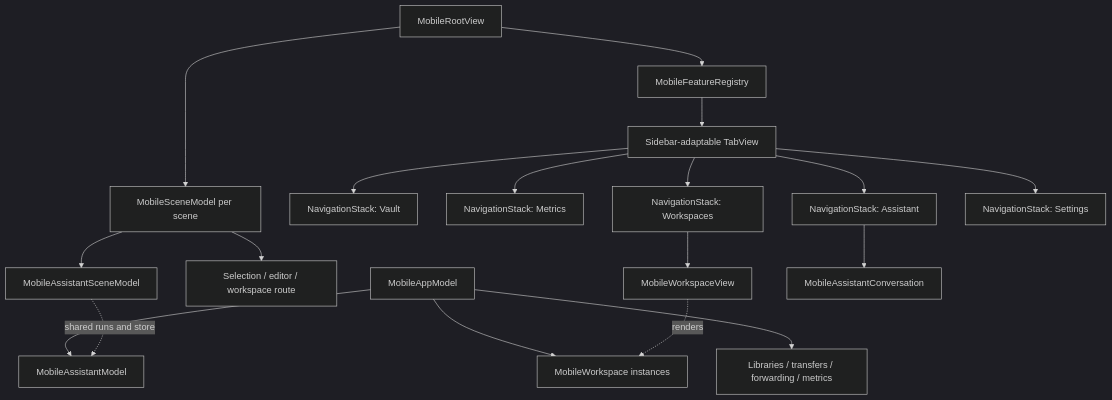
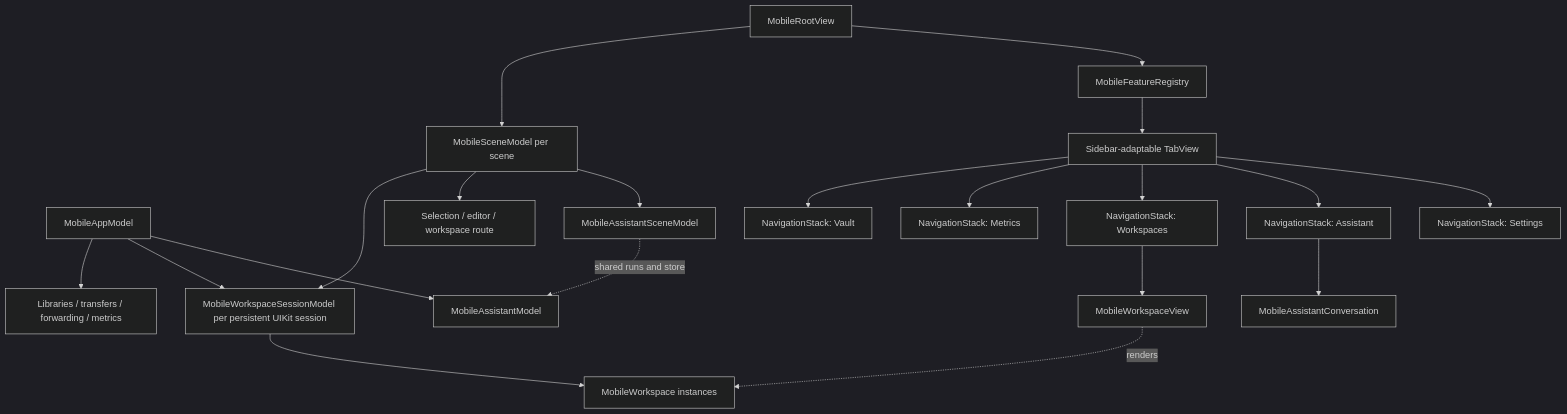
Before and after one commit to AkinoKaede/Termind: the first of 4 diagrams in openwiki/architecture/mobile-ui.md, drawn with Mermaid (dark theme). The commit also changed other lines of this file and 51 other files, not shown here.

````diff
--- a/openwiki/architecture/mobile-ui.md
+++ b/openwiki/architecture/mobile-ui.md
@@ -85,20 +95,22 @@
 ```mermaid
 flowchart TD
     App[MobileAppModel] --> Shared[Libraries / transfers / forwarding / metrics]
-    App --> Workspaces[MobileWorkspace instances]
+    App --> Sessions["MobileWorkspaceSessionModel per persistent UIKit session"]
+    Sessions --> Workspaces[MobileWorkspace instances]
     App --> AssistantRuntime[MobileAssistantModel]
     Root[MobileRootView] --> Scene[MobileSceneModel per scene]
+    Scene --> Sessions
     Root --> Registry[MobileFeatureRegistry]
     Registry --> Tabs[Sidebar-adaptable TabView]
     Tabs --> Vault[NavigationStack: Vault]
     Tabs --> Metrics[NavigationStack: Metrics]
     Tabs --> WorkspaceList[NavigationStack: Workspaces]
     Tabs --> Assistant[NavigationStack: Assistant]
     Tabs --> Settings[NavigationStack: Settings]
     Scene --> Routes[Selection / editor / workspace route]
     Scene --> AssistantScene[MobileAssistantSceneModel]
     AssistantScene -. shared runs and store .-> AssistantRuntime
     WorkspaceList --> Detail[MobileWorkspaceView]
     Detail -. renders .-> Workspaces
     Assistant --> Conversation[MobileAssistantConversation]
 ```
````
